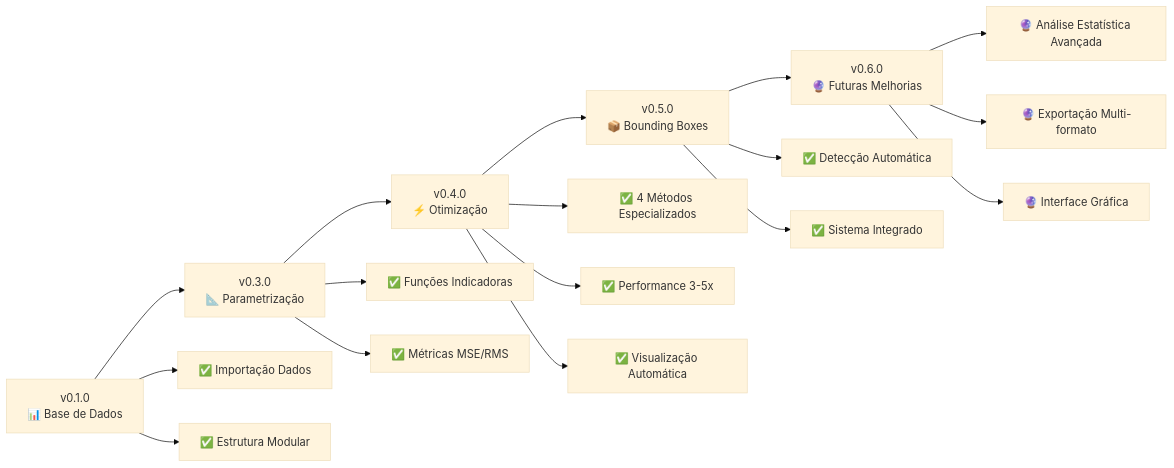
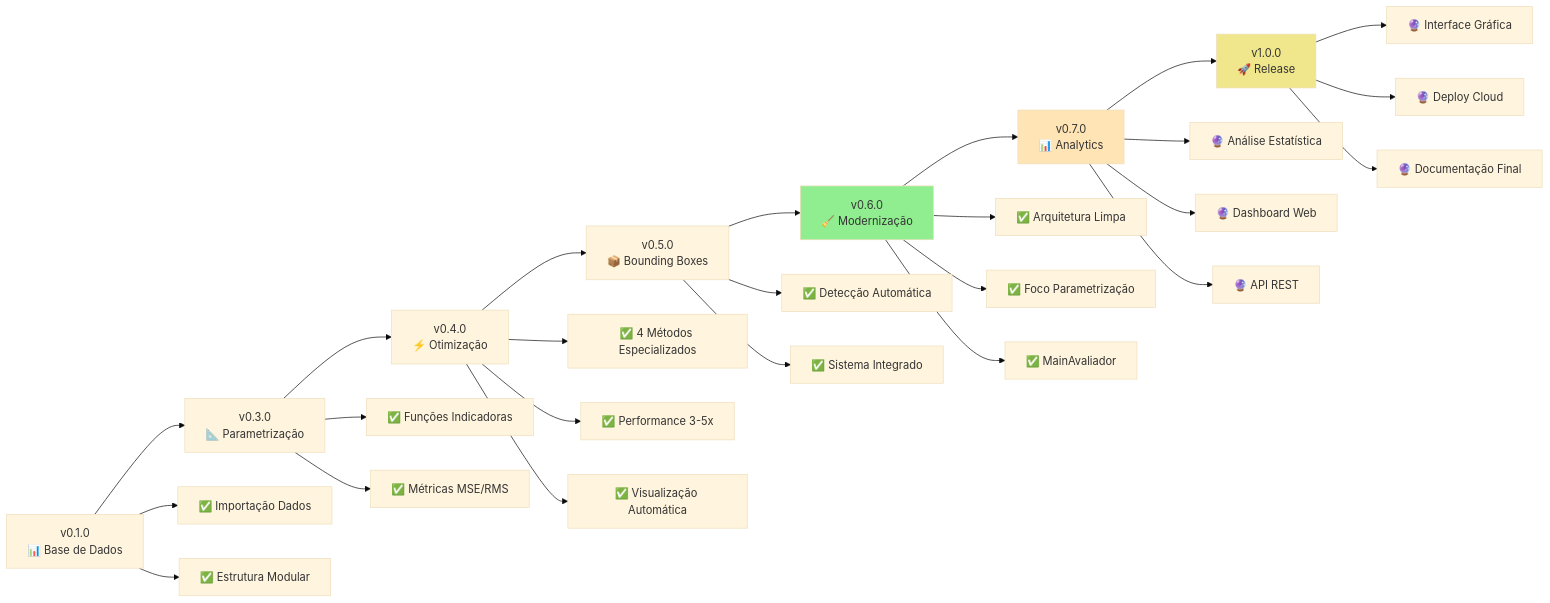
Before and after one commit to danilorigitano/DesafioInovia-dev: diagram 11 of 15 in README.md, drawn with Mermaid (base theme). The commit also changed other lines of this file and 8 other files, not shown here.

````diff
--- a/README.md
+++ b/README.md
@@ -284,24 +528,38 @@
 ```mermaid
 flowchart LR
     A["v0.1.0<br/>📊 Base de Dados"] --> B["v0.3.0<br/>📐 Parametrização"]
     B --> C["v0.4.0<br/>⚡ Otimização"]
     C --> D["v0.5.0<br/>📦 Bounding Boxes"]
-    D --> E["v0.6.0<br/>🔮 Futuras Melhorias"]
+    D --> E["v0.6.0<br/>🧹 Modernização"]
+    E --> F["v0.7.0<br/>📊 Analytics"]
+    F --> G["v1.0.0<br/>🚀 Release"]
     
     A --> A1["✅ Importação Dados"]
     A --> A2["✅ Estrutura Modular"]
     
     B --> B2["✅ Funções Indicadoras"]
     B --> B3["✅ Métricas MSE/RMS"]
     
     C --> C1["✅ 4 Métodos Especializados"]
     C --> C2["✅ Performance 3-5x"]
     C --> C3["✅ Visualização Automática"]
     
     D --> D2["✅ Detecção Automática"]
     D --> D3["✅ Sistema Integrado"]
     
-    E --> E1["🔮 Análise Estatística Avançada"]
-    E --> E2["🔮 Exportação Multi-formato"]
-    E --> E3["🔮 Interface Gráfica"]
+    E --> E1["✅ Arquitetura Limpa"]
+    E --> E2["✅ Foco Parametrização"]
+    E --> E3["✅ MainAvaliador"]
+    
+    F --> F1["🔮 Análise Estatística"]
+    F --> F2["🔮 Dashboard Web"]
+    F --> F3["🔮 API REST"]
+    
+    G --> G1["🔮 Interface Gráfica"]
+    G --> G2["🔮 Deploy Cloud"]
+    G --> G3["🔮 Documentação Final"]
+    
+    style E fill:#90EE90
+    style F fill:#FFE4B5
+    style G fill:#F0E68C
 ```
````
